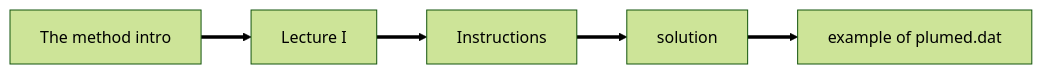
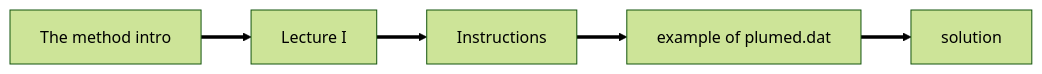
Before and after one commit to adpietropaolo/tutorial: the diagram in navigation.md, drawn with Mermaid (forest theme).

````diff
--- a/navigation.md
+++ b/navigation.md
@@ -1,12 +1,13 @@
 ```mermaid
 flowchart LR
 A[The method intro] ==> B[Lecture I]
 B ==> C[Instructions]
-C ==> D[solution]
-D ==> E[example of plumed.dat]
+C ==> D[example of plumed.dat]
+D ==> E[solution]
 click A "https://pubs.aip.org/aip/jcp/article-abstract/154/17/174108/200045/Multi-replica-biased-sampling-for-photoswitchable?redirectedFrom=fulltext"
 click B "https://static1.squarespace.com/static/5fe9a1f019bc26003ee2f585/t/66bf0a3059d1da25c8693695/1723796018487/Slide.pdf" "The lecture slides"
 click C "https://github.com/adpietropaolo/tutorial/blob/main/README.md" "The instructions for the masterclass"
-click D "https://github.com/adpietropaolo/tutorial/blob/main/notebook.ipynb" "A python notebook containing an example of calculation of dihedral angle using plumed at different values of lambda"
-click E "https://github.com/adpietropaolo/tutorial/blob/main/plumed.dat" "An example of plumed.dat file that contains the definition of dihedrals, the functions of the torsional potentials in each electronic states, the value of lambda of the FEP simulations, the parallel bias metadynamics parameters"
+click D "https://github.com/adpietropaolo/tutorial/blob/main/plumed.dat" "An example of plumed.dat file that contains the definition of dihedrals, the functions of the torsional potentials in each electronic states, the value of lambda of the FEP simulations, the parallel bias metadynamics parameters"
+click E "https://github.com/adpietropaolo/tutorial/blob/main/notebook.ipynb" "A python notebook containing an example of calculation of dihedral angle using plumed at different values of lambda"
+
 ```
````
